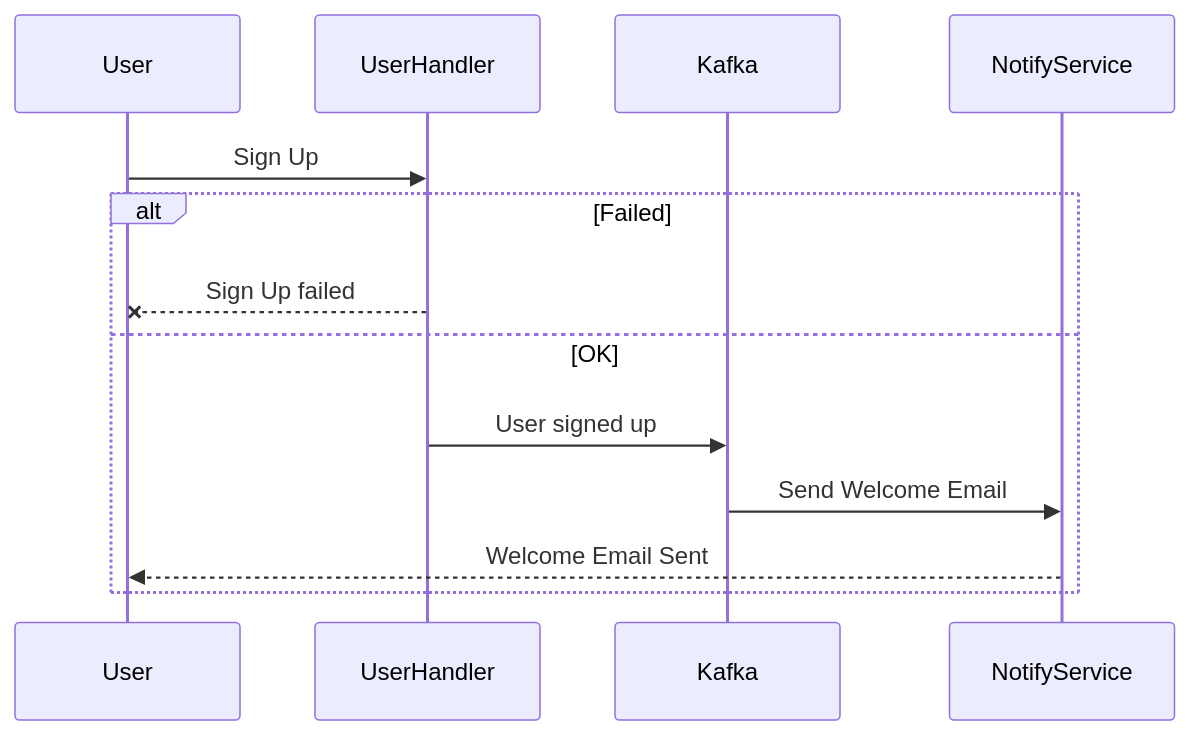
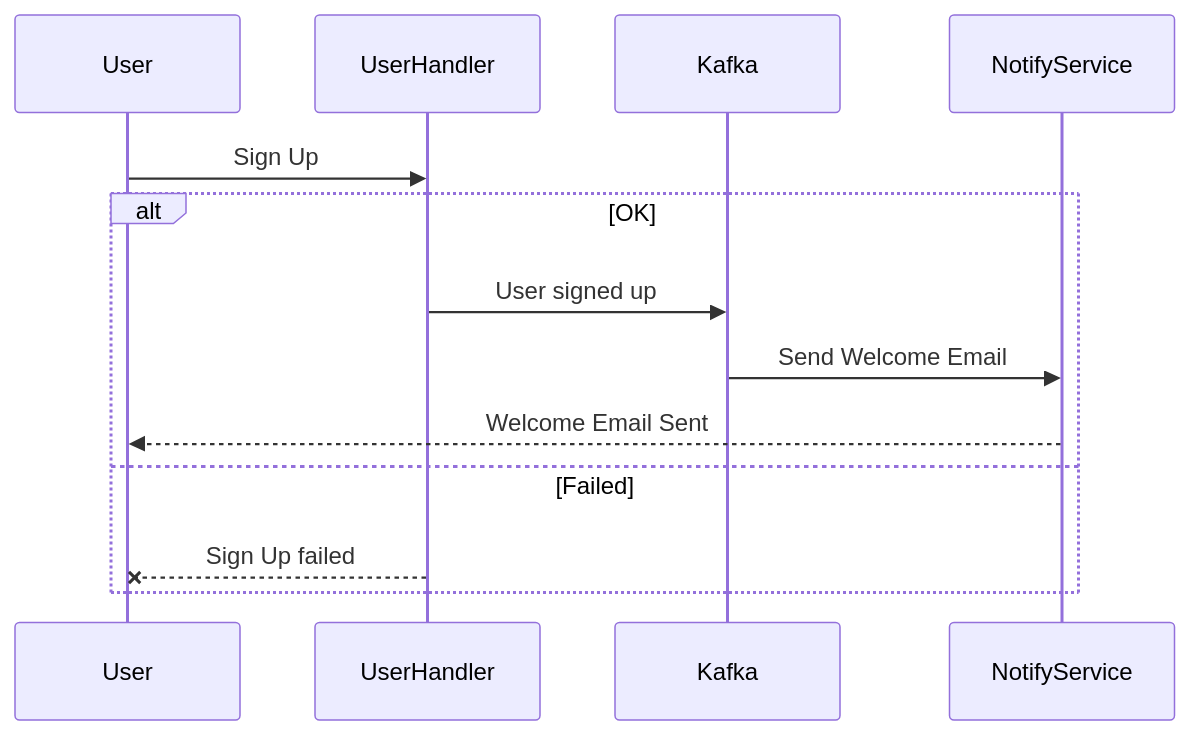
One commit to dilyara4949/flight-booking-api changed the diagram in docs/diagram/sign-up.md. Above: the diagram before and after it, drawn with Mermaid. The commit also changed 1 other file, not shown here.

Commit message:
fix: put first default route

````diff
--- a/docs/diagram/sign-up.md
+++ b/docs/diagram/sign-up.md
@@ -3,11 +3,11 @@
 ```mermaid
 sequenceDiagram
     User->>UserHandler: Sign Up
-    alt Failed
-        UserHandler--xUser: Sign Up failed
-    else OK
+    alt OK
         UserHandler->>Kafka: User signed up
         Kafka->>NotifyService: Send Welcome Email
         NotifyService-->>User: Welcome Email Sent
+    else Failed
+        UserHandler--xUser: Sign Up failed
     end
 ```
````
